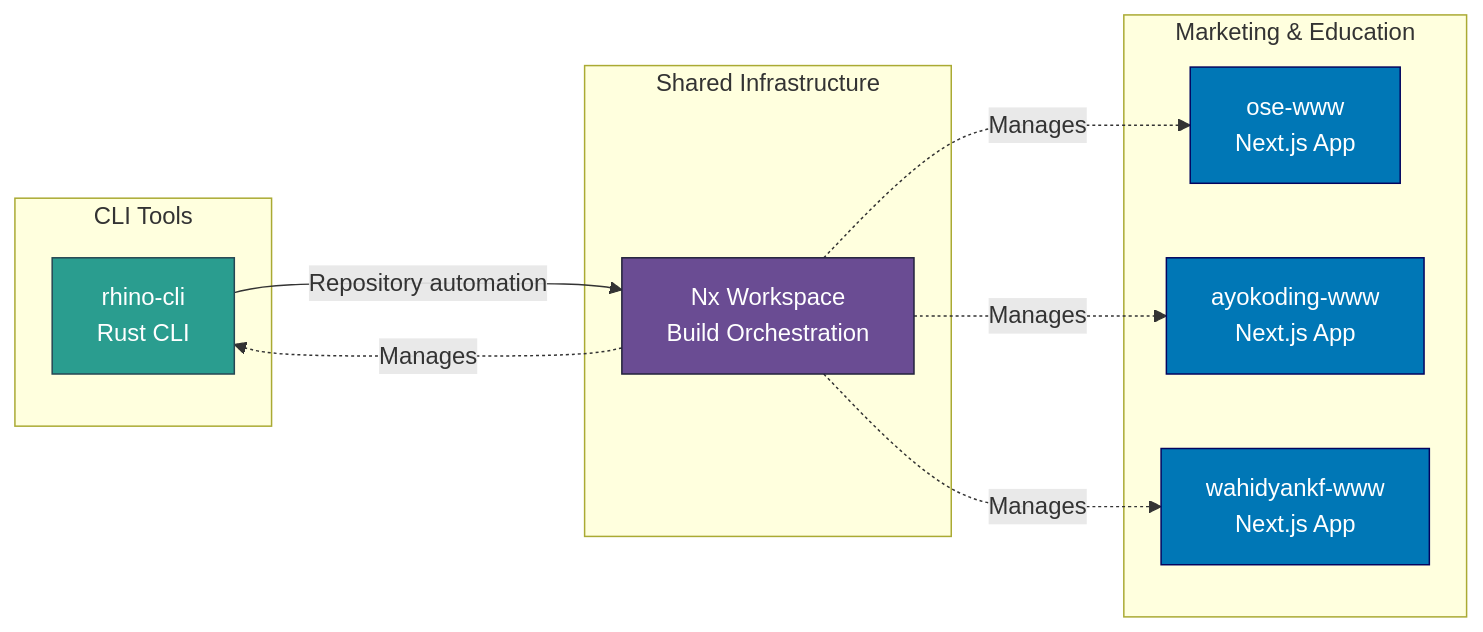
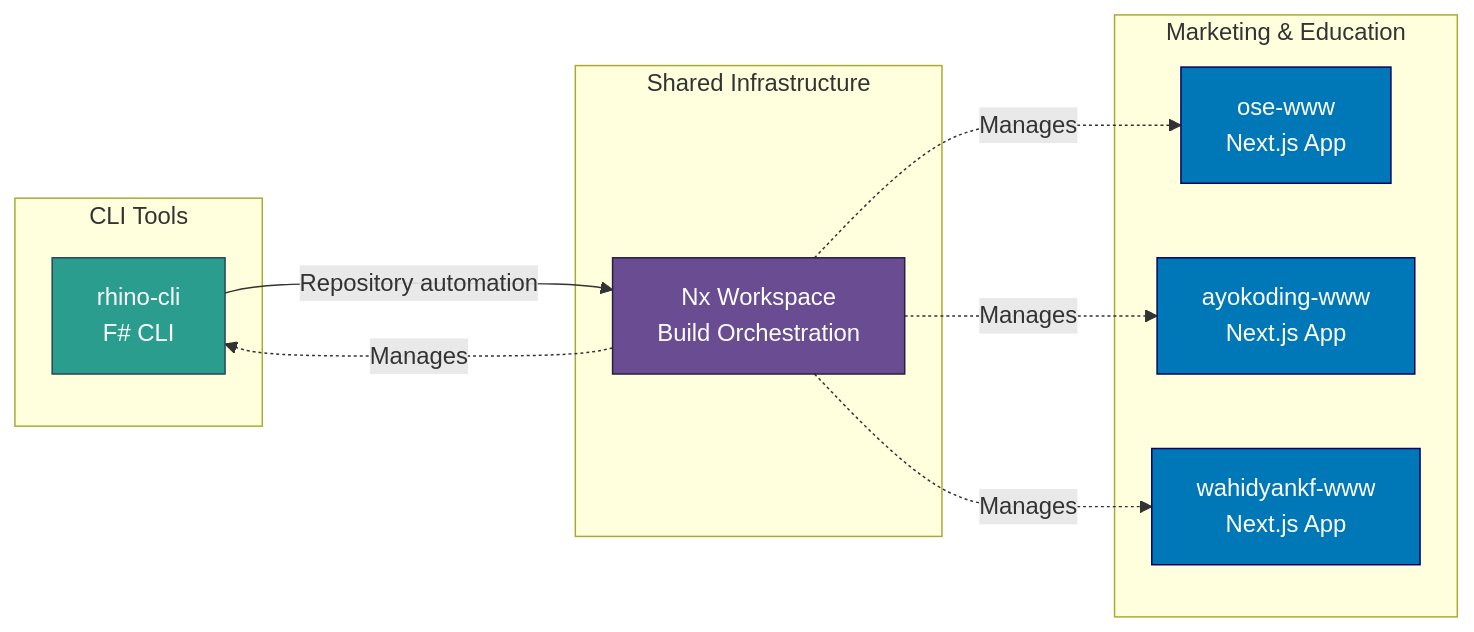
Before and after one commit to wahidyankf/open-sharia-fintech: the first of 2 diagrams in docs/reference/system-architecture/applications.md, drawn with Mermaid. The commit also changed other lines of this file and 16 other files, not shown here.

First line of the commit message:
docs(rewrite-rhino-cli-to-fsharp): sweep stale Rust-era descriptive docs (Wave E 9e)

````diff
--- a/docs/reference/system-architecture/applications.md
+++ b/docs/reference/system-architecture/applications.md
@@ -193,28 +193,28 @@
 ```mermaid
 graph LR
     subgraph "CLI Tools"
-        RHINO[rhino-cli<br/>Rust CLI]
+        RHINO[rhino-cli<br/>F# CLI]
     end
 
     subgraph "Marketing & Education"
         OSE[ose-www<br/>Next.js App]
         AYO[ayokoding-www<br/>Next.js App]
         WKF[wahidyankf-www<br/>Next.js App]
     end
 
     subgraph "Shared Infrastructure"
         NX[Nx Workspace<br/>Build Orchestration]
     end
 
     RHINO -->|Repository automation| NX
     NX -.->|Manages| OSE
     NX -.->|Manages| AYO
     NX -.->|Manages| WKF
     NX -.->|Manages| RHINO
 
     style OSE fill:#0077b6,stroke:#03045e,color:#ffffff
     style AYO fill:#0077b6,stroke:#03045e,color:#ffffff
     style WKF fill:#0077b6,stroke:#03045e,color:#ffffff
     style RHINO fill:#2a9d8f,stroke:#264653,color:#ffffff
     style NX fill:#6a4c93,stroke:#22223b,color:#ffffff
 ```
````
